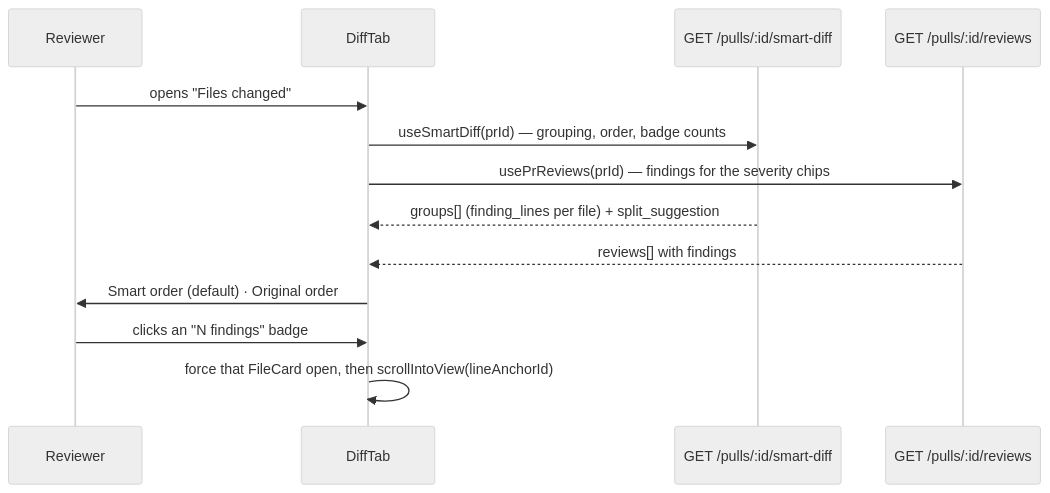
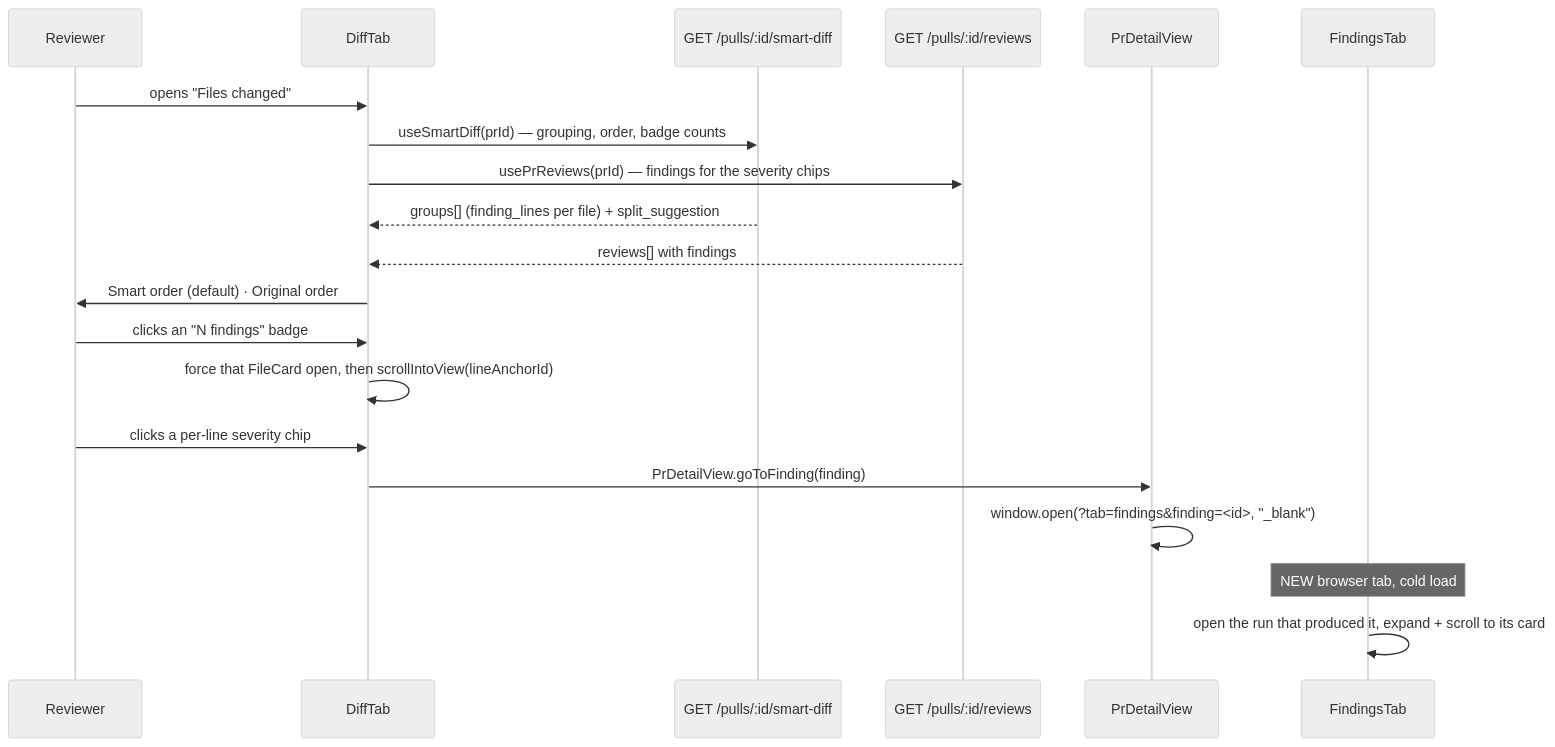
The diagram in docs/smart-diff.md (serhii-kudriashov-personal/dev-digest), drawn with Mermaid (neutral theme) before and after one commit. The commit also changed other lines of this file and 19 other files, not shown here.

````diff
--- a/docs/smart-diff.md
+++ b/docs/smart-diff.md
@@ -130,16 +130,23 @@
 ```mermaid
 sequenceDiagram
     participant U as Reviewer
     participant T as DiffTab
     participant S as GET /pulls/:id/smart-diff
     participant R as GET /pulls/:id/reviews
+    participant P as PrDetailView
+    participant F as FindingsTab
 
     U->>T: opens "Files changed"
     T->>S: useSmartDiff(prId) — grouping, order, badge counts
     T->>R: usePrReviews(prId) — findings for the severity chips
     S-->>T: groups[] (finding_lines per file) + split_suggestion
     R-->>T: reviews[] with findings
     T->>U: Smart order (default) · Original order
     U->>T: clicks an "N findings" badge
     T->>T: force that FileCard open, then scrollIntoView(lineAnchorId)
+    U->>T: clicks a per-line severity chip
+    T->>P: PrDetailView.goToFinding(finding)
+    P->>P: window.open(?tab=findings&finding=<id>, "_blank")
+    Note over F: NEW browser tab, cold load
+    F->>F: open the run that produced it, expand + scroll to its card
 ```
````
